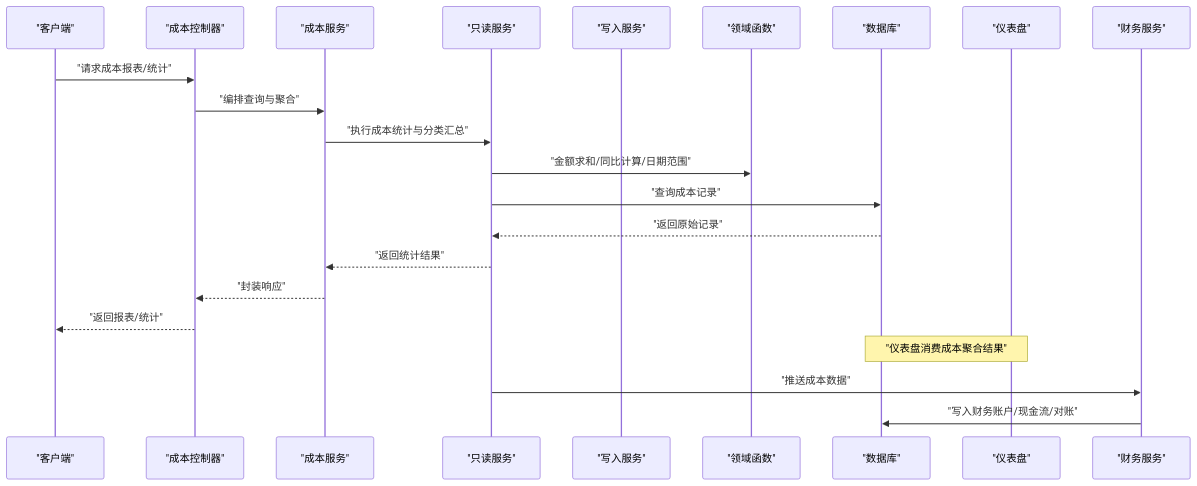
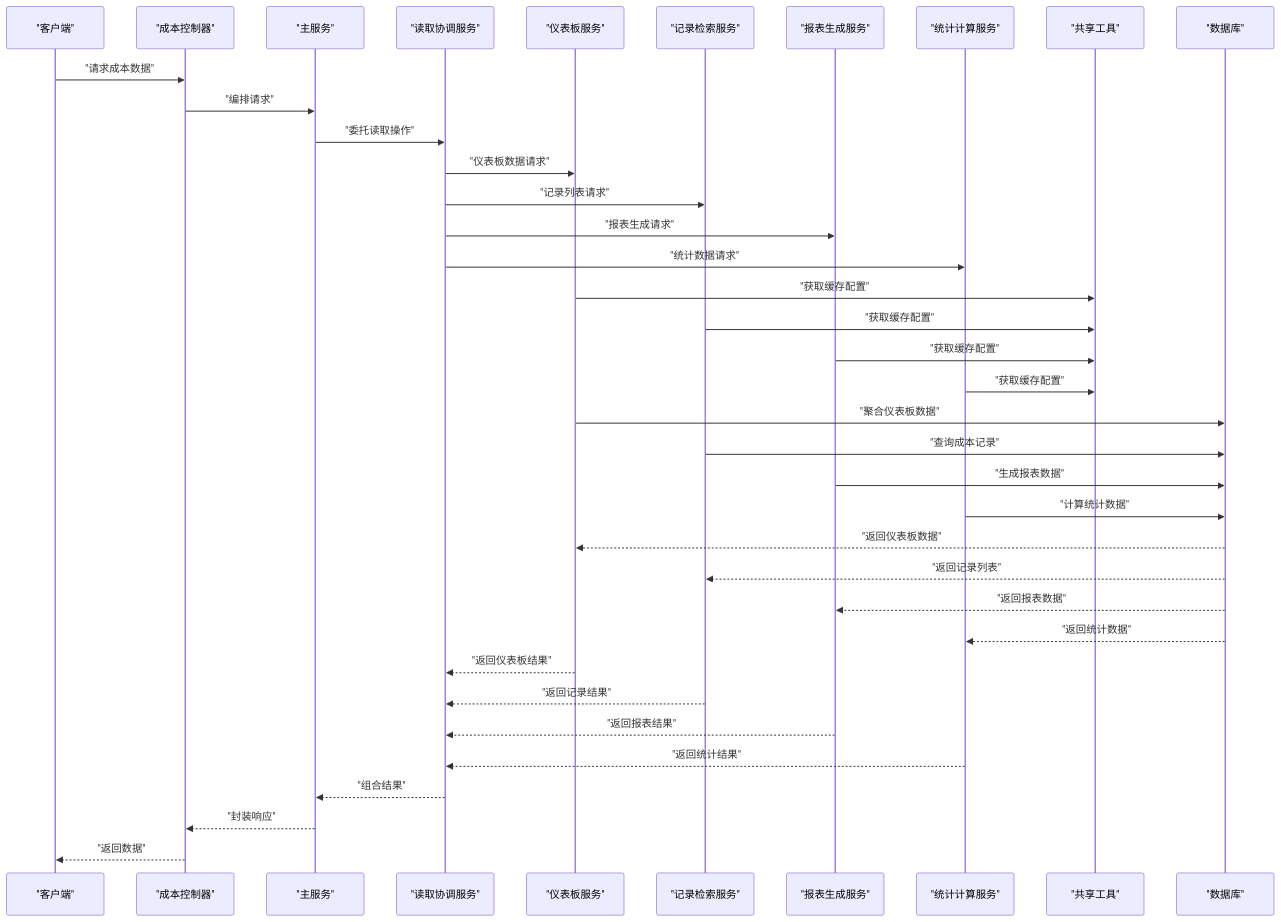
The second of 9 diagrams in .qoder/repowiki/zh/content/业务模块/运营管理模块/成本管理.md (rc558620/purelyprofit-server), drawn with Mermaid before and after one commit. The commit also changed other lines of this file and 45 other files, not shown here.

````diff
--- a/.qoder/repowiki/zh/content/业务模块/运营管理模块/成本管理.md
+++ b/.qoder/repowiki/zh/content/业务模块/运营管理模块/成本管理.md
@@ -234,24 +139,39 @@
 ```mermaid
 sequenceDiagram
 participant Client as "客户端"
 participant Ctrl as "成本控制器"
-participant Svc as "成本服务"
-participant Read as "只读服务"
-participant Write as "写入服务"
-participant Domain as "领域函数"
+participant Svc as "主服务"
+participant ReadCoord as "读取协调服务"
+participant DashSvc as "仪表板服务"
+participant RecordsSvc as "记录检索服务"
+participant ReportSvc as "报表生成服务"
+participant StatsSvc as "统计计算服务"
+participant Shared as "共享工具"
 participant DB as "数据库"
-participant Dash as "仪表盘"
-participant Fin as "财务服务"
-Client->>Ctrl : "请求成本报表/统计"
-Ctrl->>Svc : "编排查询与聚合"
-Svc->>Read : "执行成本统计与分类汇总"
-Read->>Domain : "金额求和/同比计算/日期范围"
-Read->>DB : "查询成本记录"
-DB-->>Read : "返回原始记录"
-Read-->>Svc : "返回统计结果"
+Client->>Ctrl : "请求成本数据"
+Ctrl->>Svc : "编排请求"
+Svc->>ReadCoord : "委托读取操作"
+ReadCoord->>DashSvc : "仪表板数据请求"
+ReadCoord->>RecordsSvc : "记录列表请求"
+ReadCoord->>ReportSvc : "报表生成请求"
+ReadCoord->>StatsSvc : "统计数据请求"
+DashSvc->>Shared : "获取缓存配置"
+RecordsSvc->>Shared : "获取缓存配置"
+ReportSvc->>Shared : "获取缓存配置"
+StatsSvc->>Shared : "获取缓存配置"
+DashSvc->>DB : "聚合仪表板数据"
+RecordsSvc->>DB : "查询成本记录"
+ReportSvc->>DB : "生成报表数据"
+StatsSvc->>DB : "计算统计数据"
+DB-->>DashSvc : "返回仪表板数据"
+DB-->>RecordsSvc : "返回记录列表"
+DB-->>ReportSvc : "返回报表数据"
+DB-->>StatsSvc : "返回统计数据"
+DashSvc-->>ReadCoord : "返回仪表板结果"
+RecordsSvc-->>ReadCoord : "返回记录结果"
+ReportSvc-->>ReadCoord : "返回报表结果"
+StatsSvc-->>ReadCoord : "返回统计结果"
+ReadCoord-->>Svc : "组合结果"
 Svc-->>Ctrl : "封装响应"
-Ctrl-->>Client : "返回报表/统计"
-Note over Dash,DB : "仪表盘消费成本聚合结果"
-Read->>Fin : "推送成本数据"
-Fin->>DB : "写入财务账户/现金流/对账"
+Ctrl-->>Client : "返回数据"
 ```
````
